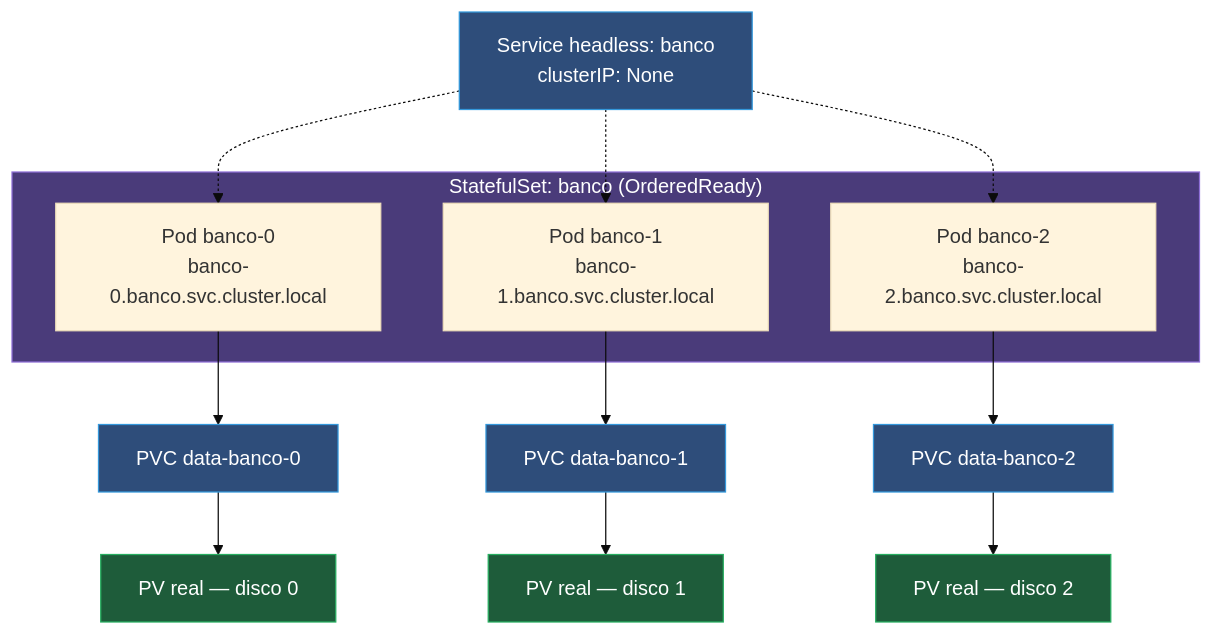
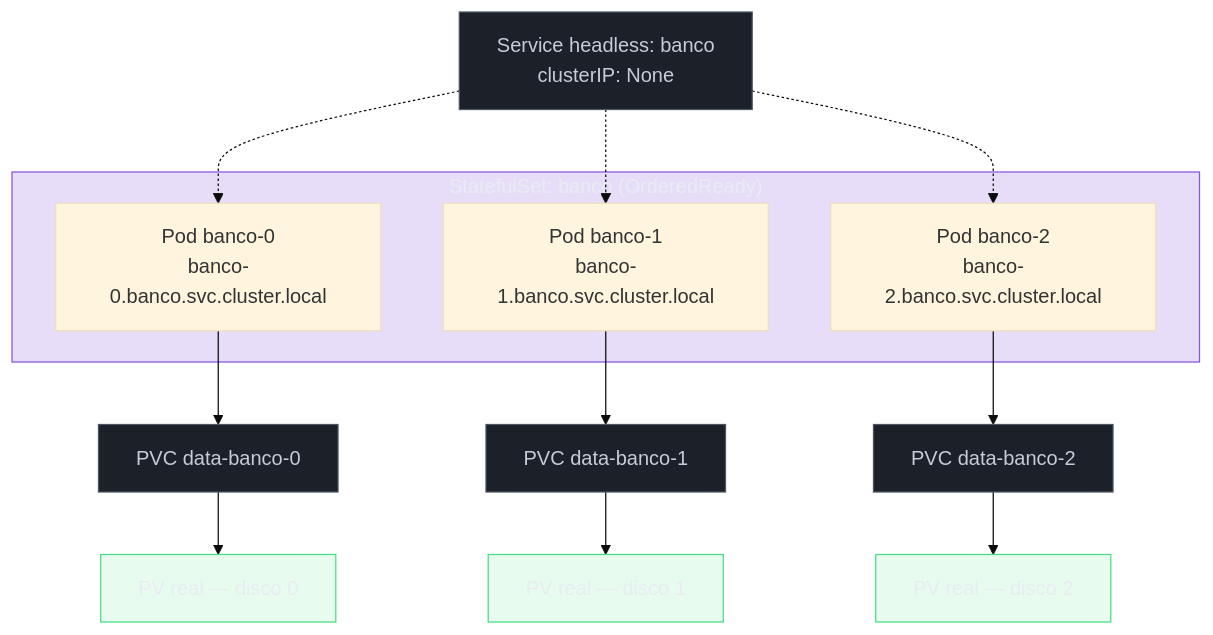
The third of 3 diagrams in 03-Dominios/Tecnologia/Infraestrutura/Kubernetes/10 - StatefulSet.md (josenaldo/codex-technomanticus), drawn with Mermaid (base theme) before and after one commit. The commit also changed other lines of this file and 1181 other files, not shown here.

First line of the commit message:
fix(diagramas): paleta do sistema no lugar de cor cravada no markdown

````diff
--- a/03-Dominios/Tecnologia/Infraestrutura/Kubernetes/10 - StatefulSet.md
+++ b/03-Dominios/Tecnologia/Infraestrutura/Kubernetes/10 - StatefulSet.md
@@ -353,27 +357,30 @@
 ```mermaid
 graph TB
+    classDef marca fill:#8855DF33,stroke:#8855DF,color:#E9ECF2
+    classDef neutro fill:#1B2029,stroke:#4E5666,color:#C6CCD8
+    classDef ok fill:#4ADE8021,stroke:#4ADE80,color:#E9ECF2
     HS["Service headless: banco<br/>clusterIP: None"]
 
     subgraph SS["StatefulSet: banco (OrderedReady)"]
         P0["Pod banco-0<br/>banco-0.banco.svc.cluster.local"]
         P1["Pod banco-1<br/>banco-1.banco.svc.cluster.local"]
         P2["Pod banco-2<br/>banco-2.banco.svc.cluster.local"]
     end
 
     P0 --> PVC0["PVC data-banco-0"] --> PV0["PV real — disco 0"]
     P1 --> PVC1["PVC data-banco-1"] --> PV1["PV real — disco 1"]
     P2 --> PVC2["PVC data-banco-2"] --> PV2["PV real — disco 2"]
 
     HS -.-> P0
     HS -.-> P1
     HS -.-> P2
 
-    style SS fill:#4a3b7a,stroke:#8e6fd6,color:#fff
-    style HS fill:#2e4d7a,stroke:#3498db,color:#fff
-    style PVC0 fill:#2e4d7a,stroke:#3498db,color:#fff
-    style PVC1 fill:#2e4d7a,stroke:#3498db,color:#fff
-    style PVC2 fill:#2e4d7a,stroke:#3498db,color:#fff
-    style PV0 fill:#1e5c3a,stroke:#27ae60,color:#fff
-    style PV1 fill:#1e5c3a,stroke:#27ae60,color:#fff
-    style PV2 fill:#1e5c3a,stroke:#27ae60,color:#fff
+    class SS marca
+    class HS neutro
+    class PVC0 neutro
+    class PVC1 neutro
+    class PVC2 neutro
+    class PV0 ok
+    class PV1 ok
+    class PV2 ok
 ```
````
